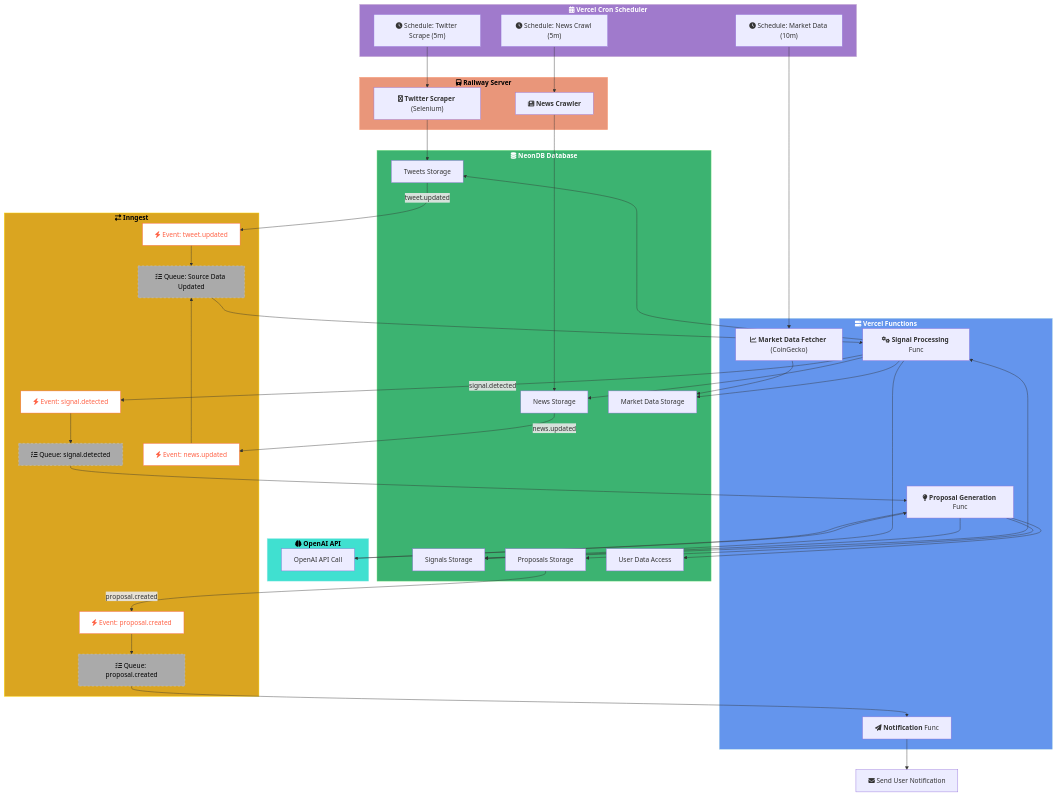
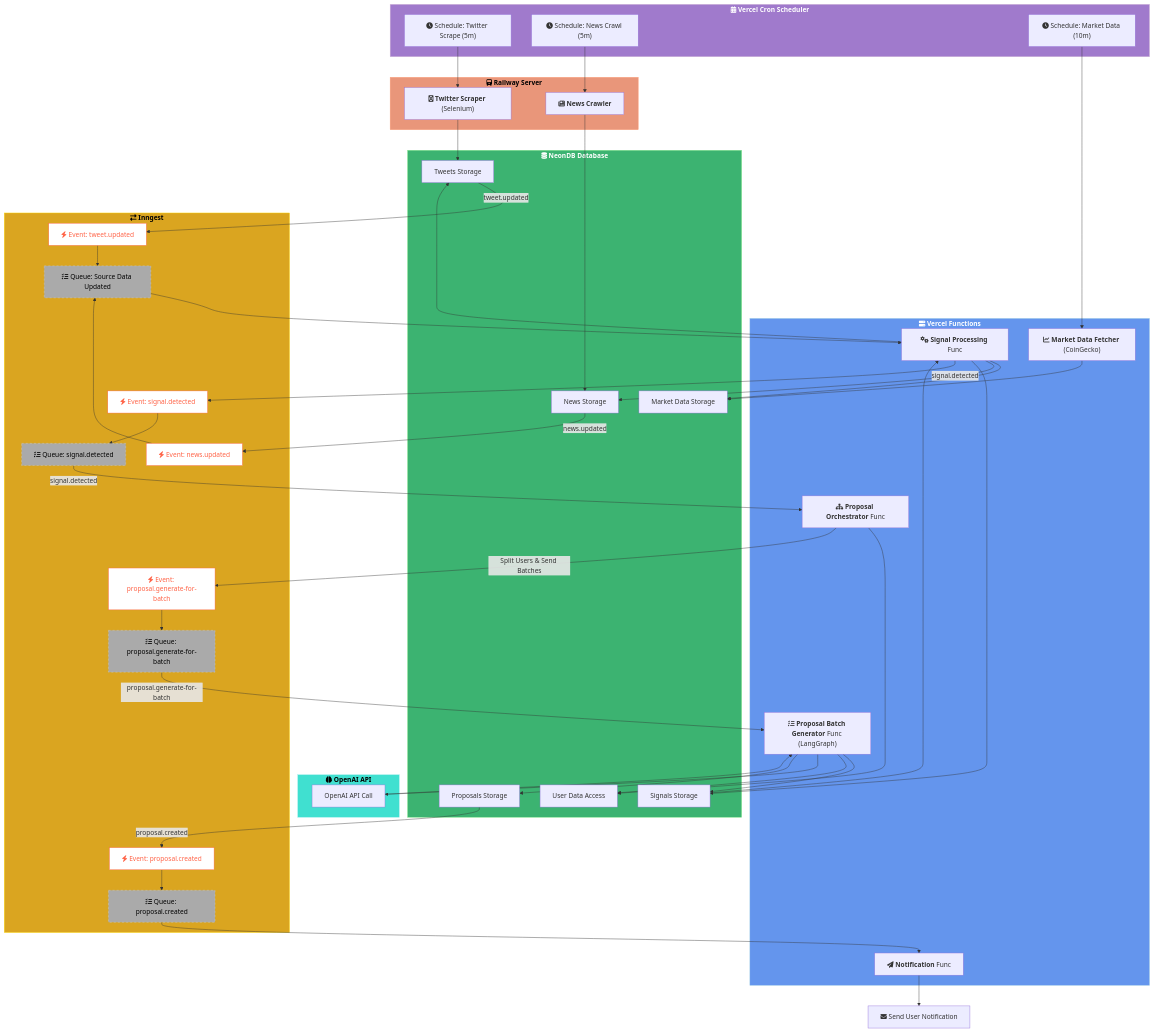
One commit to DaikoAI/daiko-ai-mvp-monorepo changed the diagram in docs/specs/batch-flow.md. Above: the diagram before and after it, drawn with Mermaid. The commit also changed other lines of this file and 13 other files, not shown here.

````diff
--- a/docs/specs/batch-flow.md
+++ b/docs/specs/batch-flow.md
@@ -14,7 +14,8 @@
     subgraph VercelFunctions ["<strong>fa:fa-server Vercel Functions</strong>"]
         Y_MarketDataFunc["fa:fa-chart-line <strong>Market Data Fetcher</strong> (CoinGecko)"]
         H_SignalProcessingFunc["fa:fa-cogs <strong>Signal Processing</strong> Func"]
-        Q_ProposalGenerationFunc["fa:fa-lightbulb <strong>Proposal Generation</strong> Func"]
+        O_ProposalOrchestratorFunc["fa:fa-sitemap <strong>Proposal Orchestrator</strong> Func"]
+        B_ProposalBatchGeneratorFunc["fa:fa-tasks <strong>Proposal Batch Generator</strong> Func (LangGraph)"]
         X1_NotificationFunc["fa:fa-paper-plane <strong>Notification</strong> Func"]
     end
 
@@ -39,10 +40,12 @@
     subgraph Inngest ["<strong>fa:fa-exchange-alt Inngest</strong>"]
         ING_SignalDataQueue["fa:fa-tasks Queue: Source Data Updated"]
         ING_ProposalQueue["fa:fa-tasks Queue: signal.detected"]
+        ING_ProposalBatchQueue["fa:fa-tasks Queue: proposal.generate-for-batch"]
         ING_NotifyQueue["fa:fa-tasks Queue: proposal.created"]
         ING_TweetEvent["fa:fa-bolt Event: tweet.updated"]
         ING_NewsEvent["fa:fa-bolt Event: news.updated"]
         ING_SignalEvent["fa:fa-bolt Event: signal.detected"]
+        ING_ProposalBatchEvent["fa:fa-bolt Event: proposal.generate-for-batch"]
         ING_ProposalEvent["fa:fa-bolt Event: proposal.created"]
     end
 
@@ -74,13 +77,17 @@
     H_SignalProcessingFunc -- "signal.detected" --> ING_SignalEvent
     ING_SignalEvent --> ING_ProposalQueue
 
-    %% Proposal Generation Flow
-    ING_ProposalQueue --> Q_ProposalGenerationFunc
-    Q_ProposalGenerationFunc --> DB_Signals
-    Q_ProposalGenerationFunc --> DB_UserData
-    Q_ProposalGenerationFunc --> S_OpenAICall
-    S_OpenAICall --> Q_ProposalGenerationFunc
-    Q_ProposalGenerationFunc --> DB_Proposals
+    %% Proposal Generation Flow (Revised with Batching)
+    ING_ProposalQueue -- "signal.detected" --> O_ProposalOrchestratorFunc
+    O_ProposalOrchestratorFunc --> DB_UserData
+    O_ProposalOrchestratorFunc -- "Split Users & Send Batches" --> ING_ProposalBatchEvent
+    ING_ProposalBatchEvent --> ING_ProposalBatchQueue
+    ING_ProposalBatchQueue -- "proposal.generate-for-batch" --> B_ProposalBatchGeneratorFunc
+    B_ProposalBatchGeneratorFunc --> DB_Signals
+    B_ProposalBatchGeneratorFunc --> DB_UserData
+    B_ProposalBatchGeneratorFunc --> S_OpenAICall
+    S_OpenAICall --> B_ProposalBatchGeneratorFunc
+    B_ProposalBatchGeneratorFunc --> DB_Proposals
     DB_Proposals -- "proposal.created" --> ING_ProposalEvent
 
     %% Notification Flow
@@ -104,6 +111,6 @@
     class OpenAI OpenAI;
     class NeonDB NeonDB;
     class Inngest Inngest;
-    class ING_SignalDataQueue,ING_ProposalQueue,ING_NotifyQueue Queue;
-    class ING_TweetEvent,ING_NewsEvent,ING_SignalEvent,ING_ProposalEvent Event;
+    class ING_SignalDataQueue,ING_ProposalQueue,ING_ProposalBatchQueue,ING_NotifyQueue Queue;
+    class ING_TweetEvent,ING_NewsEvent,ING_SignalEvent,ING_ProposalBatchEvent,ING_ProposalEvent Event;
 ```
````
